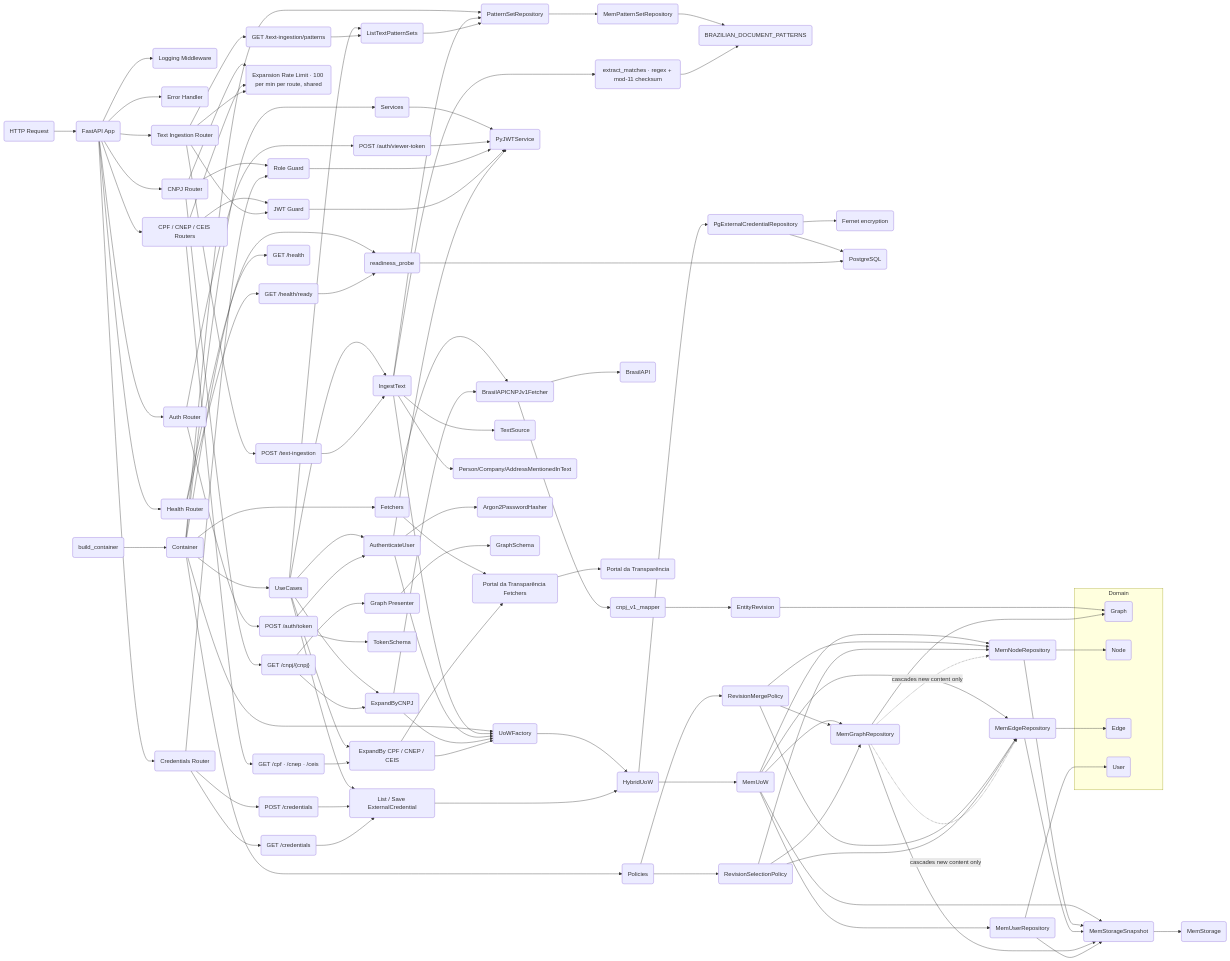
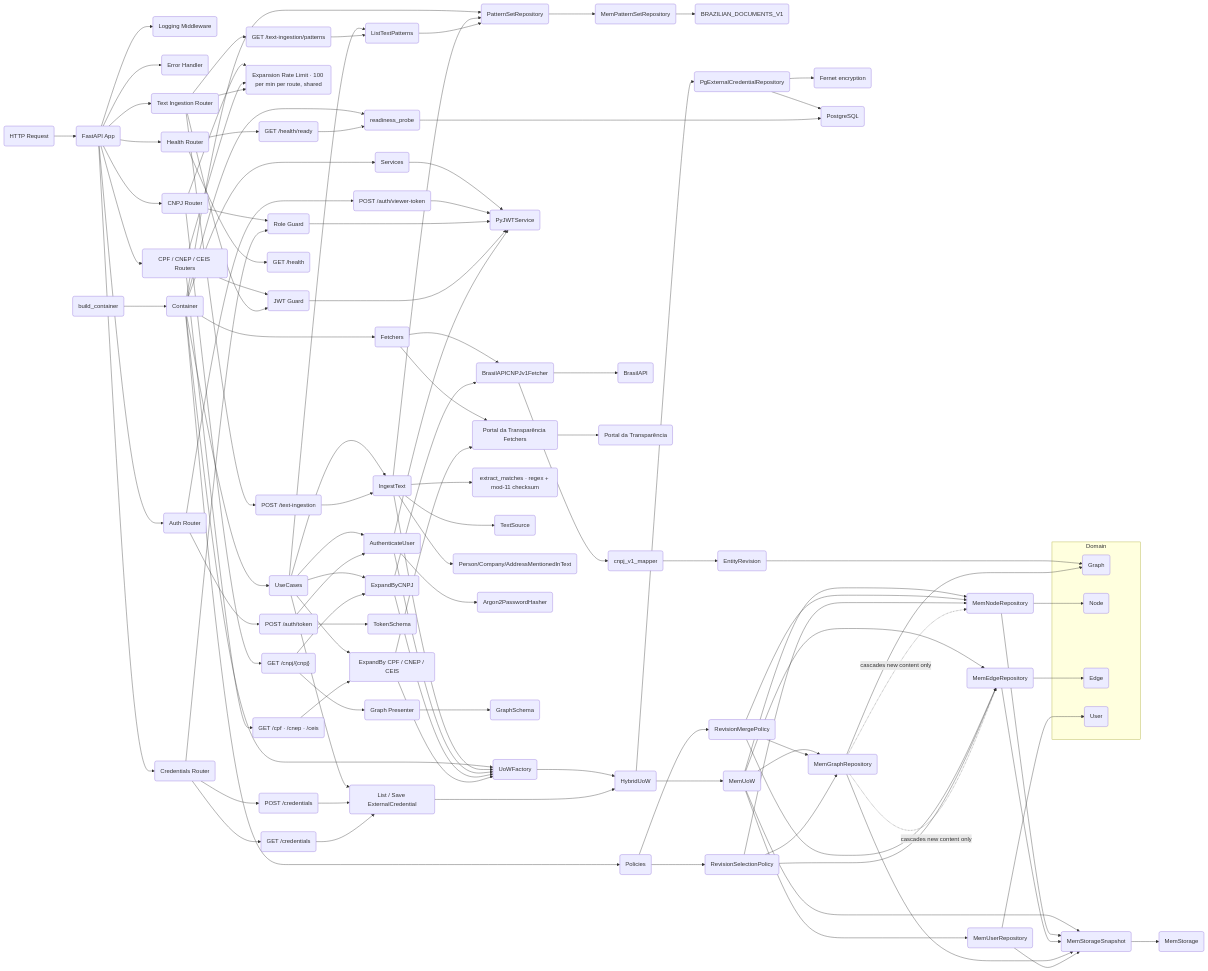
Before and after one commit to geldois/osint-engine: the diagram in README.md, drawn with Mermaid. The commit also changed other lines of this file and 2 other files, not shown here.

Commit message:
docs: describe the atomic pattern catalog and the pattern-name/pattern-set split

```diff
--- a/README.md
+++ b/README.md
@@ -74,12 +74,12 @@
     UseCases --> ExpandByPortal("ExpandBy CPF / CNEP / CEIS")
     UseCases --> CredentialUseCases("List / Save ExternalCredential")
     UseCases --> IngestText("IngestText")
-    UseCases --> ListPatternSets("ListTextPatternSets")
+    UseCases --> ListPatternSets("ListTextPatterns")
     Services --> PyJWTService("PyJWTService")
     Fetchers --> CNPJFetcher("BrasilAPICNPJv1Fetcher")
     Fetchers --> PortalFetchers("Portal da Transparência Fetchers")
     PatternSets --> MemPatternSets("MemPatternSetRepository")
-    MemPatternSets --> DefaultPatterns("BRAZILIAN_DOCUMENT_PATTERNS")
+    MemPatternSets --> DefaultPatterns("BRAZILIAN_DOCUMENTS_V1")
 
     PostToken --> AuthenticateUser
     PostViewerToken --> PyJWTService
@@ -96,7 +96,6 @@
     IngestText --> UoWFactory
     IngestText --> PatternSets
     IngestText --> ExtractMatches("extract_matches · regex + mod-11 checksum")
-    ExtractMatches --> DefaultPatterns
     IngestText --> TextSourceNode("TextSource")
     IngestText --> MentionEdges("Person/Company/AddressMentionedInText")
     ListPatternSets --> PatternSets
```
